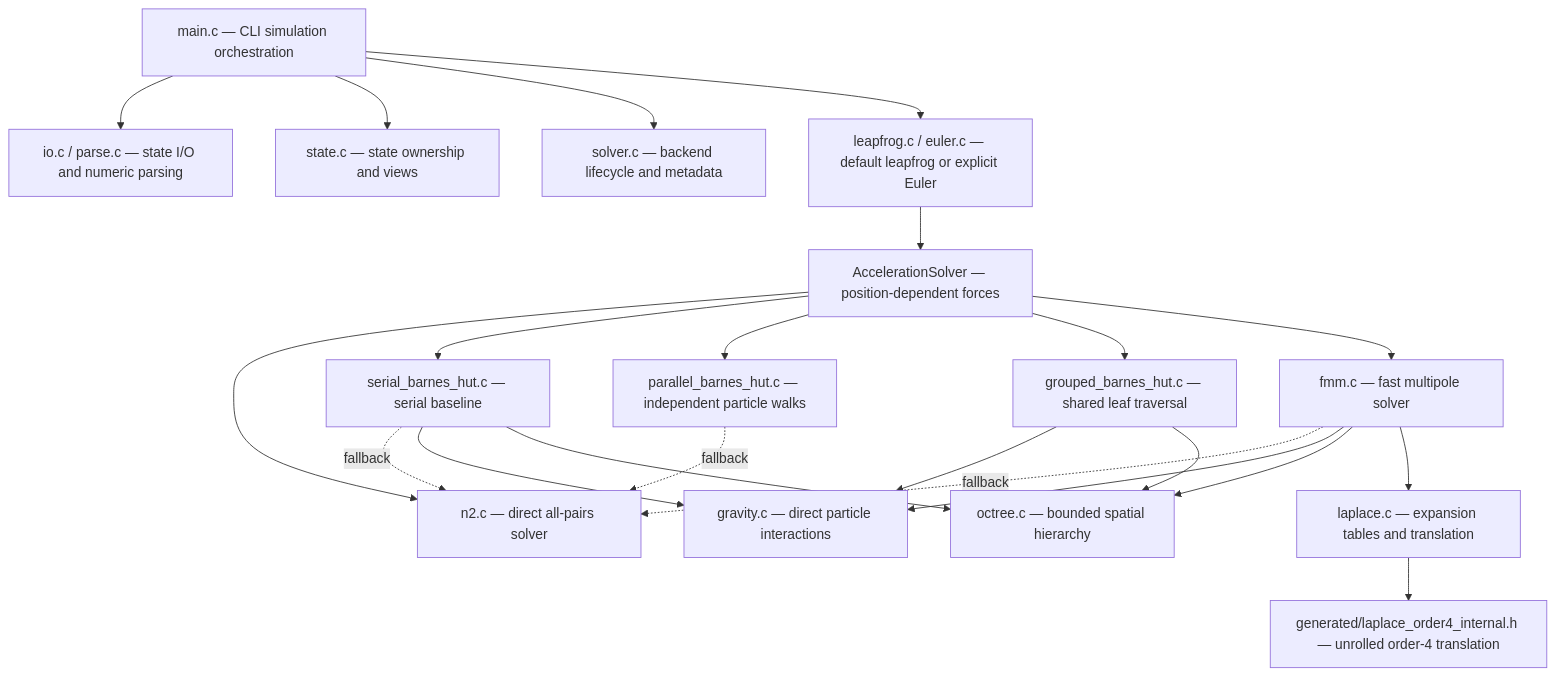
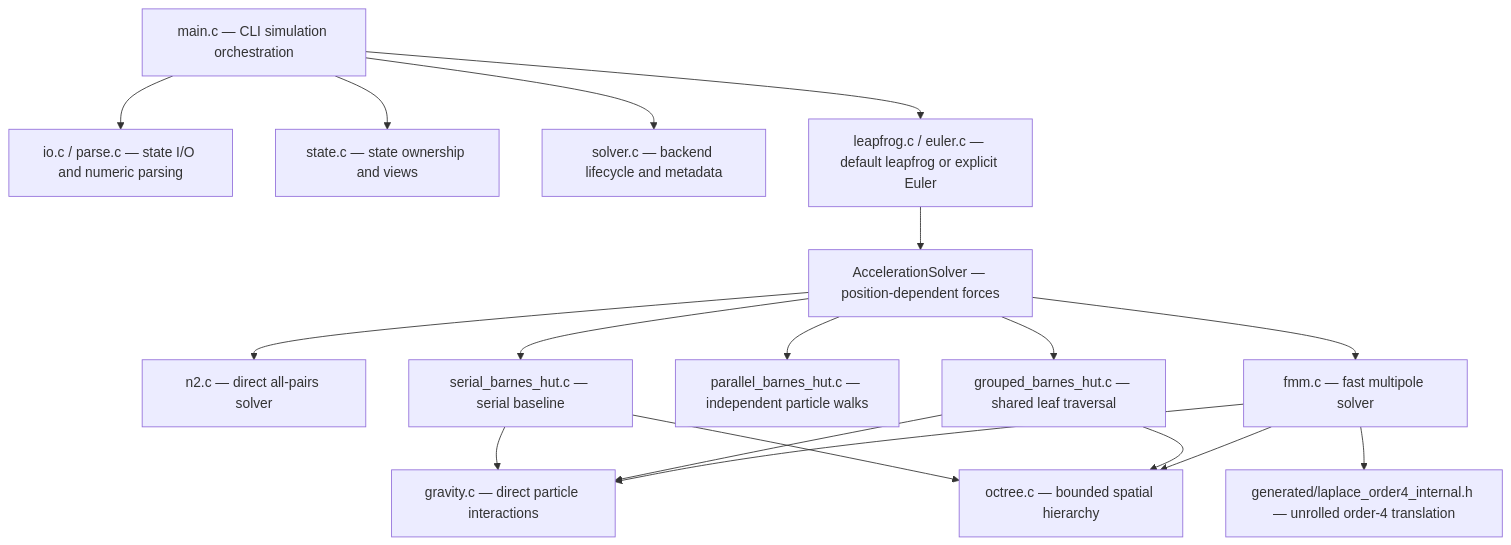
Before and after one commit to RyanTomich/NBodySim: the diagram in docs/architecture.mmd, drawn with Mermaid. The commit also changed 30 other files, not shown here.

```diff
--- a/docs/architecture.mmd
+++ b/docs/architecture.mmd
@@ -1,27 +1,23 @@
 flowchart TD
     M["main.c — CLI simulation orchestration"] --> IO["io.c / parse.c — state I/O and numeric parsing"]
     M --> S["state.c — state ownership and views"]
     M --> R["solver.c — backend lifecycle and metadata"]
     M --> E["leapfrog.c / euler.c — default leapfrog or explicit Euler"]
     E --> CB["AccelerationSolver — position-dependent forces"]
     CB --> N2["n2.c — direct all-pairs solver"]
     CB --> SB["serial_barnes_hut.c — serial baseline"]
     CB --> PB["parallel_barnes_hut.c — independent particle walks"]
     CB --> GB["grouped_barnes_hut.c — shared leaf traversal"]
     CB --> F["fmm.c — fast multipole solver"]
-    F -. fallback .-> N2
-    SB -. fallback .-> N2
-    PB -. fallback .-> N2
     SB --> G["gravity.c — direct particle interactions"]
     GB --> G
     F --> G
     SB --> O["octree.c — bounded spatial hierarchy"]
     GB --> O
     F --> O
-    F --> L["laplace.c — expansion tables and translation"]
-    L --> GEN["generated/laplace_order4_internal.h — unrolled order-4 translation"]
+    F --> GEN["generated/laplace_order4_internal.h — unrolled order-4 translation"]
 
 %% Leapfrog refreshes initial acceleration. Euler starts with the supplied
 %% acceleration. Both evaluate forces once per step. Publish acceleration after
-%% the whole callback; return full-step velocities and final-position forces.
+%% a successful callback; return full-step velocities and final-position forces.
 %% Empty or zero-step calls preserve state and invoke no solver.
```
